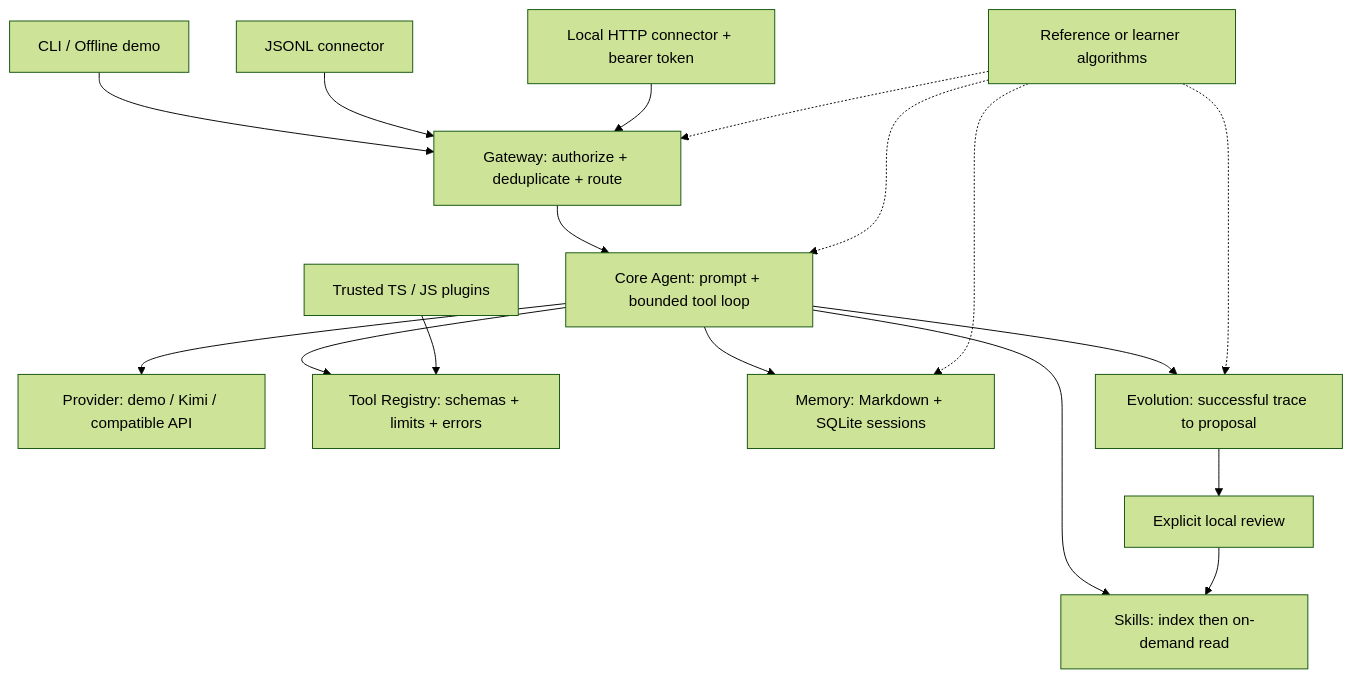
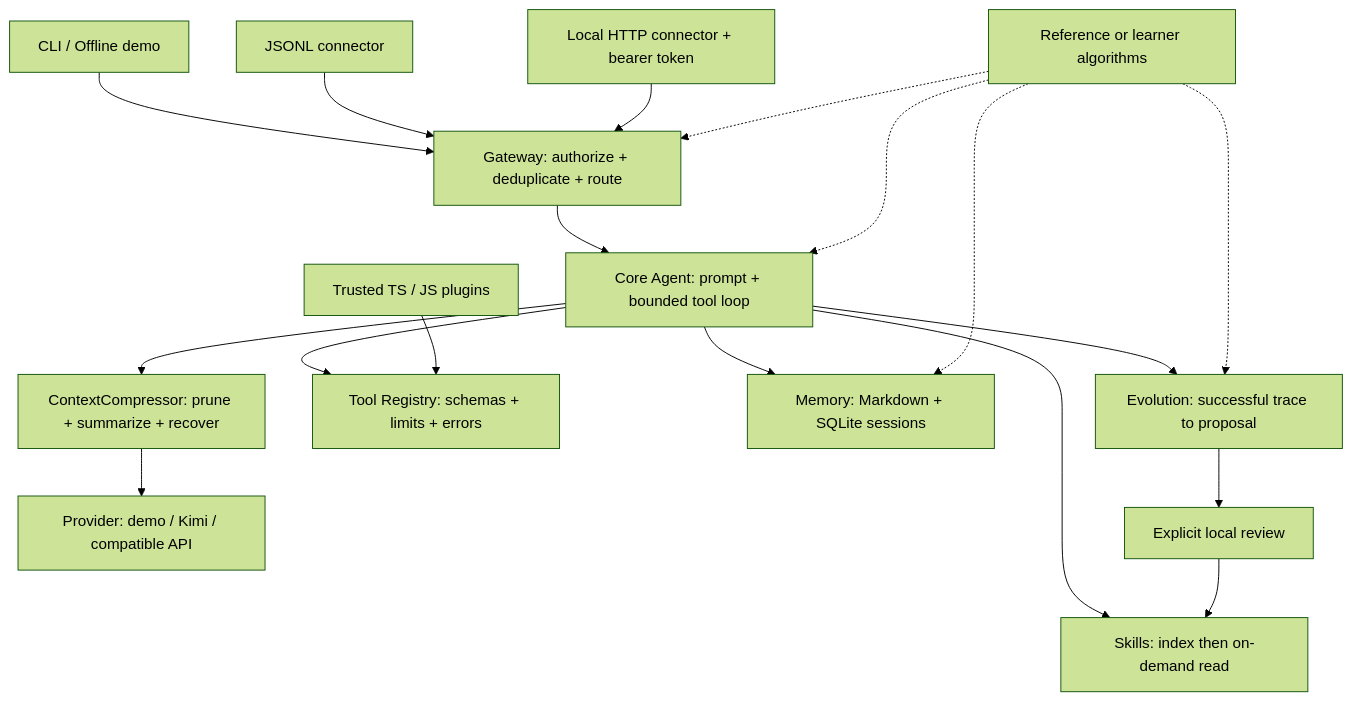
One commit to yjy233/my-hermes changed the diagram in docs/01-architecture.md. Above: the diagram before and after it, drawn with Mermaid (forest theme). The commit also changed other lines of this file and 31 other files, not shown here.

````diff
--- a/docs/01-architecture.md
+++ b/docs/01-architecture.md
@@ -7,19 +7,20 @@
 ```mermaid
 flowchart TB
     CLI[CLI / Offline demo] --> GW[Gateway: authorize + deduplicate + route]
     JSONL[JSONL connector] --> GW
     HTTP[Local HTTP connector + bearer token] --> GW
     GW --> CORE[Core Agent: prompt + bounded tool loop]
-    CORE --> MODEL[Provider: demo / Kimi / compatible API]
+    CORE --> COMPRESS[ContextCompressor: prune + summarize + recover]
+    COMPRESS --> MODEL[Provider: demo / Kimi / compatible API]
     CORE --> TOOLS[Tool Registry: schemas + limits + errors]
     CORE --> MEM[Memory: Markdown + SQLite sessions]
     CORE --> SK[Skills: index then on-demand read]
     PL[Trusted TS / JS plugins] --> TOOLS
     CORE --> EVO[Evolution: successful trace to proposal]
     EVO --> REVIEW[Explicit local review]
     REVIEW --> SK
     ALG[Reference or learner algorithms] -.-> CORE
     ALG -.-> GW
     ALG -.-> MEM
     ALG -.-> EVO
 ```
````
